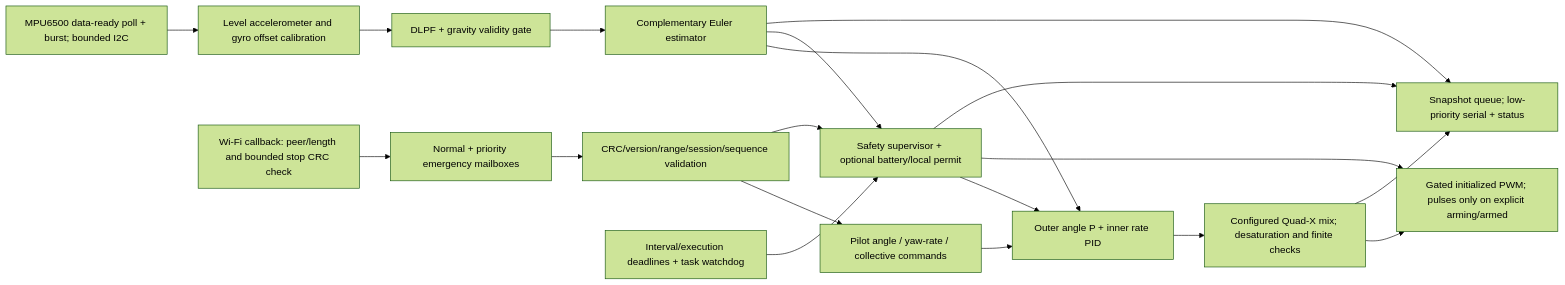
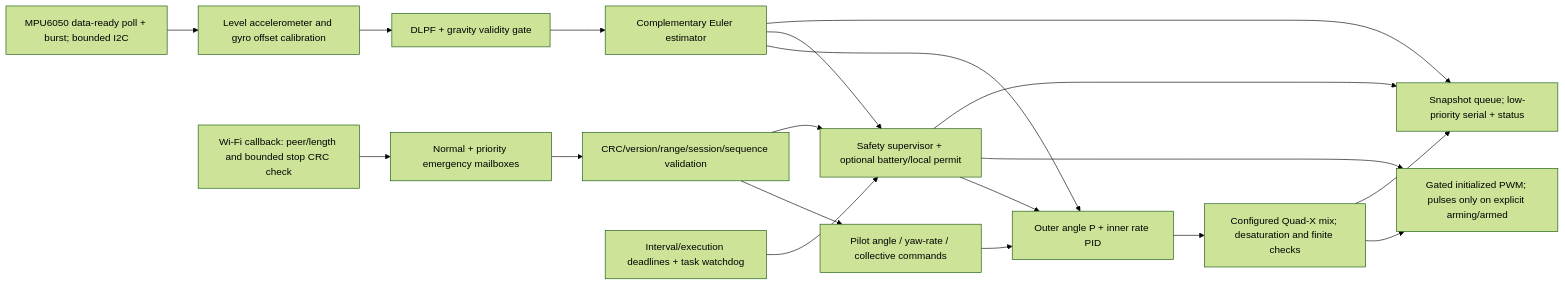
Before and after one commit to diyan07-ctrl/esp32-gesture-controlled-drone: the diagram in diagrams/firmware-architecture.mmd, drawn with Mermaid (forest theme). The commit also changed 40 other files, not shown here.

```diff
--- a/diagrams/firmware-architecture.mmd
+++ b/diagrams/firmware-architecture.mmd
@@ -1,19 +1,19 @@
 flowchart LR
-  IMU["MPU6500 data-ready poll + burst; bounded I2C"] --> CAL["Level accelerometer and gyro offset calibration"]
+  IMU["MPU6050 data-ready poll + burst; bounded I2C"] --> CAL["Level accelerometer and gyro offset calibration"]
   CAL --> FIL["DLPF + gravity validity gate"]
   FIL --> EST["Complementary Euler estimator"]
   CB["Wi-Fi callback: peer/length and bounded stop CRC check"] --> Q["Normal + priority emergency mailboxes"]
   Q --> V["CRC/version/range/session/sequence validation"]
   V --> CMD["Pilot angle / yaw-rate / collective commands"]
   CMD --> PID["Outer angle P + inner rate PID"]
   EST --> PID
   PID --> MIX["Configured Quad-X mix; desaturation and finite checks"]
   MIX --> OUT["Gated initialized PWM; pulses only on explicit arming/armed"]
   SAFE["Safety supervisor + optional battery/local permit"] --> PID
   SAFE --> OUT
   V --> SAFE
   EST --> SAFE
   TIME["Interval/execution deadlines + task watchdog"] --> SAFE
   SAFE --> TEL["Snapshot queue; low-priority serial + status"]
   EST --> TEL
   MIX --> TEL
```
